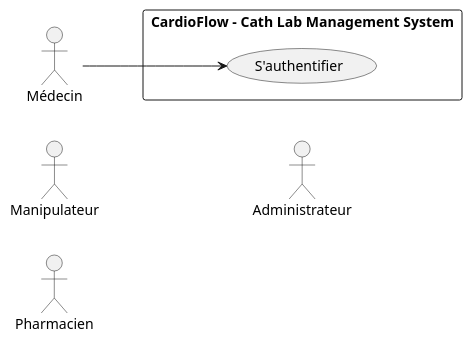
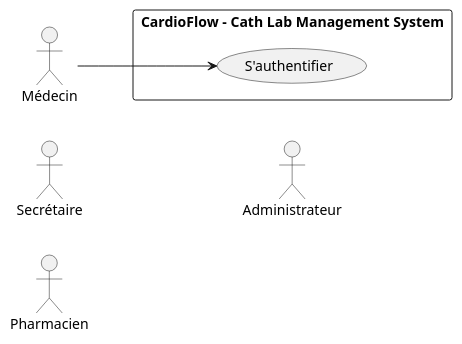
One commit to Salma-Ben-Saida/CardioFlow changed the diagram in docs/usecase.puml. Above: the diagram before and after it, drawn with PlantUML. The commit also changed 23 other files, not shown here.

First line of the commit message:
feat: add audit and user activity logging classes to the class diagram

```diff
--- a/docs/usecase.puml
+++ b/docs/usecase.puml
@@ -1,20 +1,20 @@
 @startuml "usecase"
 left to right direction
 skinparam packageStyle rectangle
 
 actor "Médecin" as Doctor
-actor "Manipulateur" as Technician
+actor "Secrétaire" as Assistant
 actor "Pharmacien" as Pharmacist
 actor "Administrateur" as Admin
 
 rectangle "CardioFlow - Cath Lab Management System" {
 
     usecase "S'authentifier" as UC1
 
    
 }
 
 Doctor --> UC1
 
 
 @enduml
```
